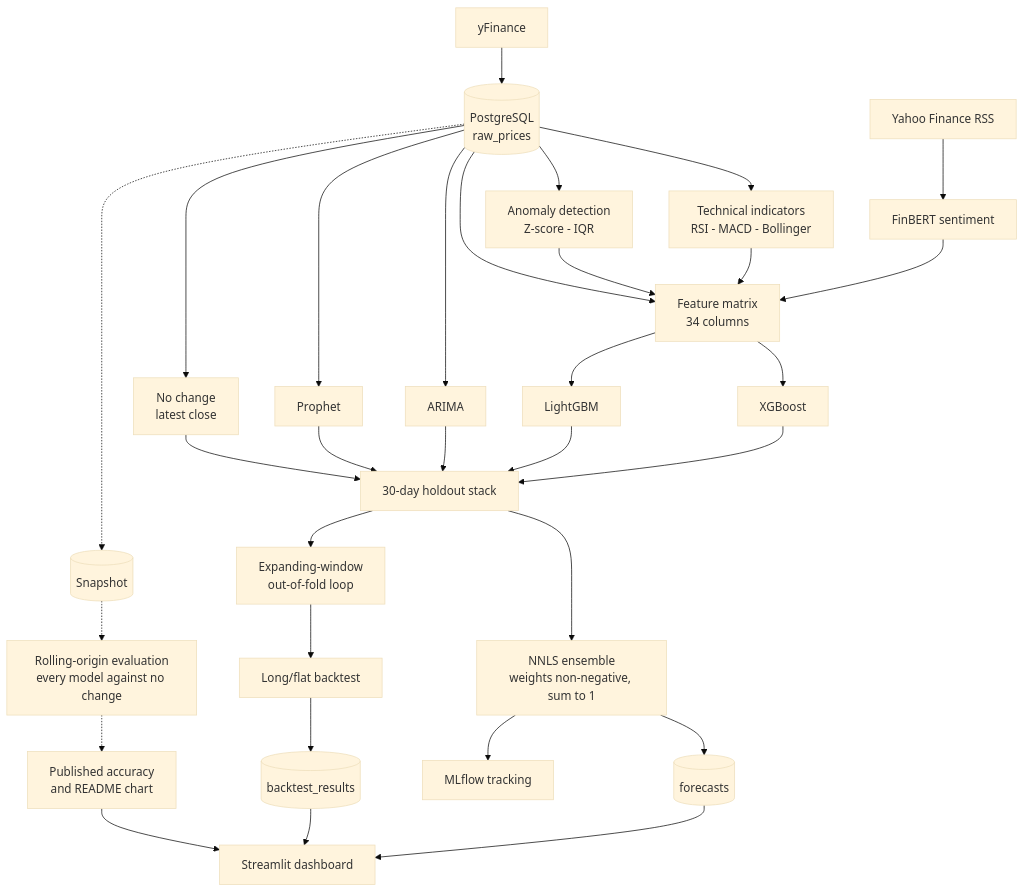
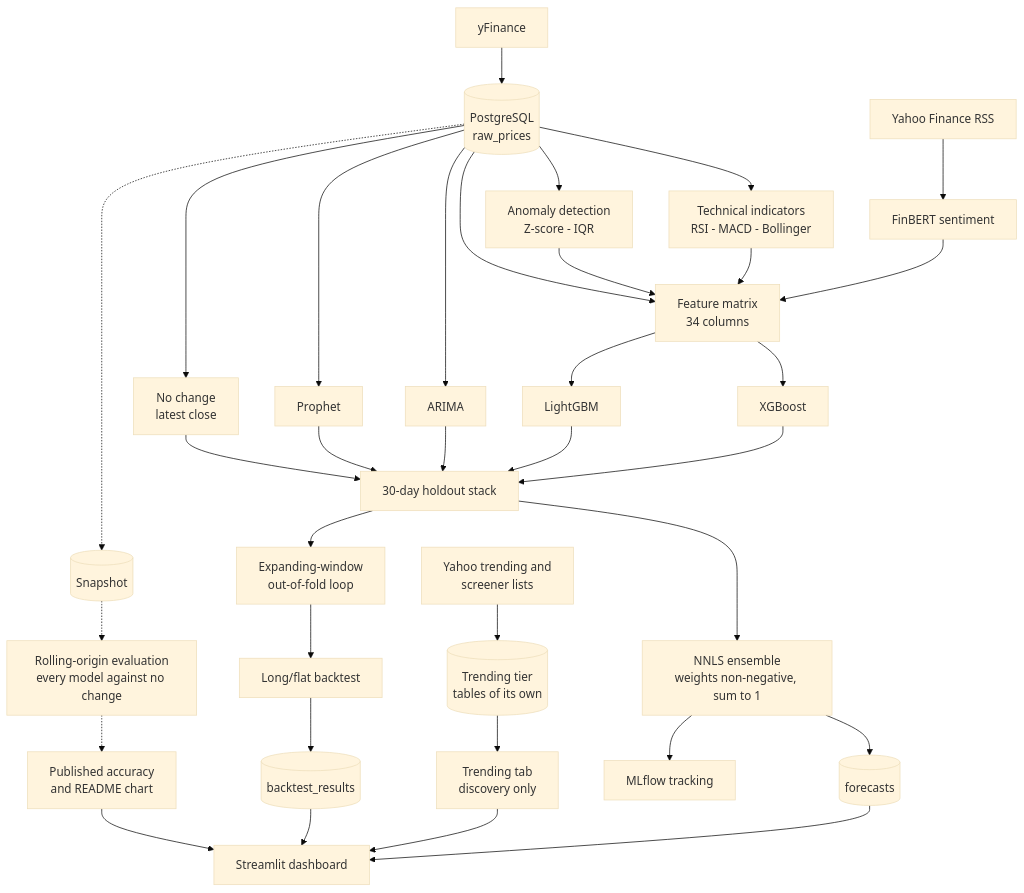
Before and after one commit to logn1602/QuantFlow: the diagram in README.md, drawn with Mermaid (base theme). The commit also changed other lines of this file, not shown here.

First line of the commit message:
docs(readme): the trending tier, its settings, targets and tables

````diff
--- a/README.md
+++ b/README.md
@@ -35,41 +36,45 @@
 ```mermaid
 flowchart TD
     YF[yFinance] --> DB[(PostgreSQL<br/>raw_prices)]
     NEWS[Yahoo Finance RSS] --> FB[FinBERT sentiment]
 
     DB --> IND[Technical indicators<br/>RSI - MACD - Bollinger]
     DB --> ANOM[Anomaly detection<br/>Z-score - IQR]
 
     IND --> FEAT[Feature matrix<br/>34 columns]
     ANOM --> FEAT
     FB --> FEAT
     DB --> FEAT
 
     DB --> ARIMA[ARIMA]
     DB --> PROPH[Prophet]
     DB --> NAIVE[No change<br/>latest close]
     FEAT --> XGB[XGBoost]
     FEAT --> LGB[LightGBM]
 
     ARIMA --> STACK[30-day holdout stack]
     PROPH --> STACK
     XGB --> STACK
     LGB --> STACK
     NAIVE --> STACK
 
     STACK --> ENS[NNLS ensemble<br/>weights non-negative, sum to 1]
     STACK --> OOF[Expanding-window<br/>out-of-fold loop]
     OOF --> BT[Long/flat backtest]
 
     ENS --> FC[(forecasts)]
     BT --> RES[(backtest_results)]
 
     DB -.-> SNAP[(Snapshot)]
     SNAP -.-> EVAL[Rolling-origin evaluation<br/>every model against no change]
     EVAL -.-> PUB[Published accuracy<br/>and README chart]
 
     FC --> UI[Streamlit dashboard]
     RES --> UI
     PUB --> UI
     ENS --> ML[MLflow tracking]
+
+    LISTS[Yahoo trending and<br/>screener lists] --> TT[(Trending tier<br/>tables of its own)]
+    TT --> TAB[Trending tab<br/>discovery only]
+    TAB --> UI
 ```
````
